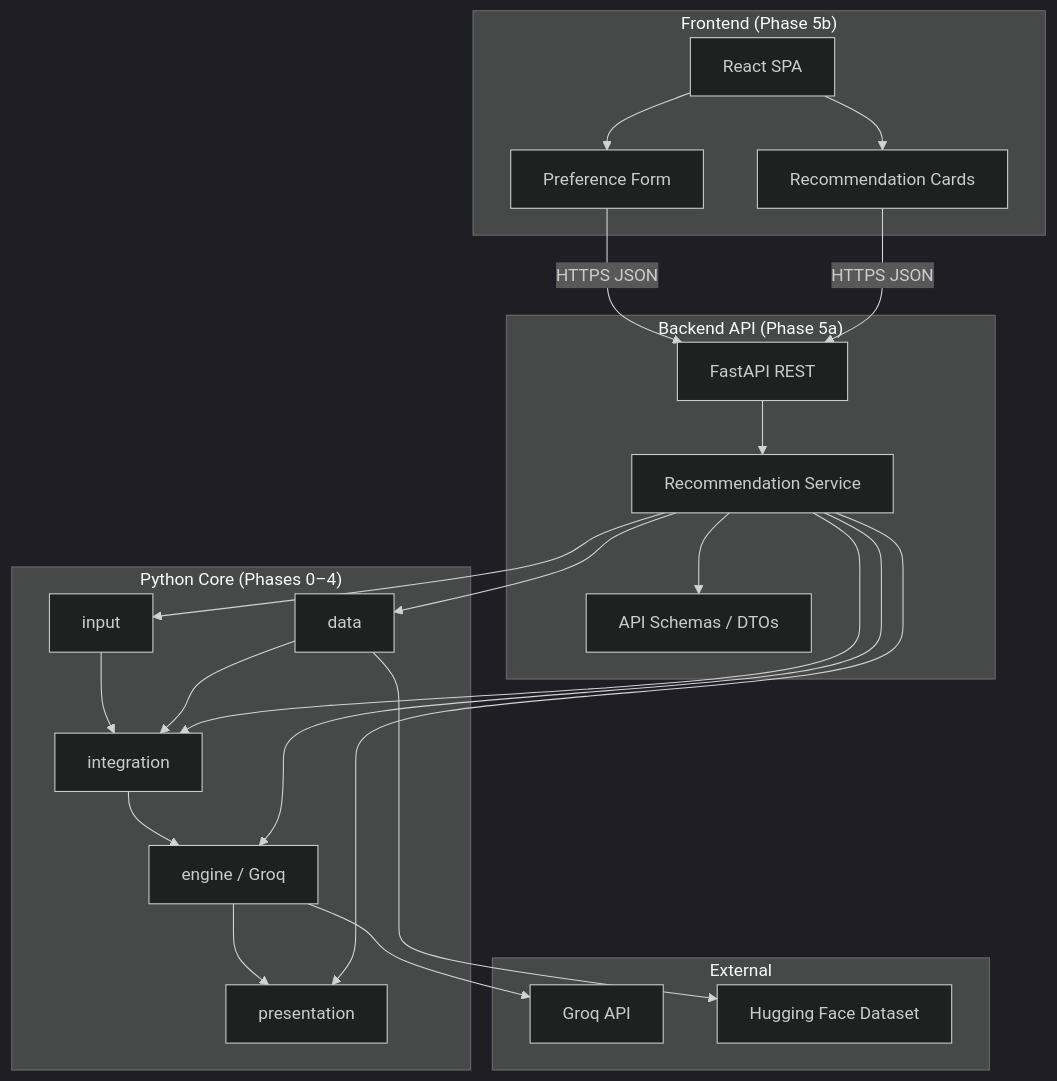
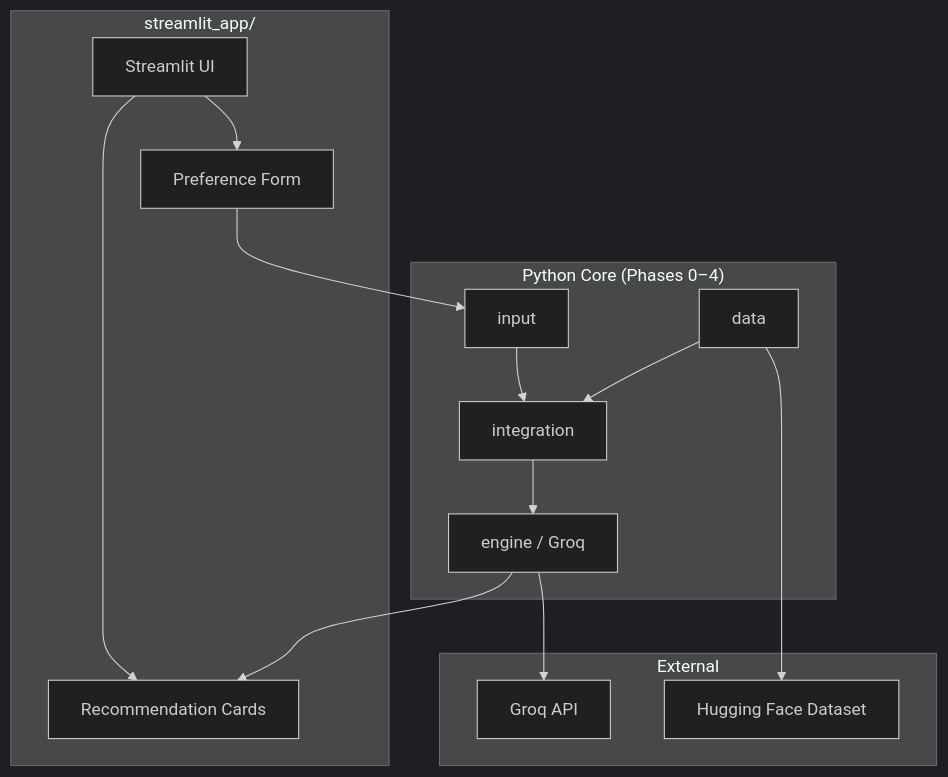
Before and after one commit to Somu639/Zomato-Final: the first of 4 diagrams in Docs/PhaseWiseArchitecture.md, drawn with Mermaid (dark theme). The commit also changed other lines of this file and 36 other files, not shown here.

First line of the commit message:
Add Streamlit app and local dev tooling; remove Vercel/Railway deploy config.

````diff
--- a/Docs/PhaseWiseArchitecture.md
+++ b/Docs/PhaseWiseArchitecture.md
@@ -11,44 +11,30 @@
 ```mermaid
 flowchart TB
-    subgraph FE["Frontend (Phase 5b)"]
-        UI[React SPA]
+    subgraph UI["streamlit_app/"]
+        ST[Streamlit UI]
         FORM[Preference Form]
         CARDS[Recommendation Cards]
-        UI --> FORM
-        UI --> CARDS
-    end
-
-    subgraph BE["Backend API (Phase 5a)"]
-        API[FastAPI REST]
-        SVC[Recommendation Service]
-        DTO[API Schemas / DTOs]
-        API --> SVC --> DTO
+        ST --> FORM
+        ST --> CARDS
     end
 
     subgraph CORE["Python Core (Phases 0–4)"]
         INPUT[input]
         DATA[data]
         INT[integration]
         ENG[engine / Groq]
-        PRES[presentation]
         INPUT --> INT
         DATA --> INT
         INT --> ENG
-        ENG --> PRES
     end
 
     subgraph EXT["External"]
         GROQ[Groq API]
         HF[Hugging Face Dataset]
     end
 
-    FORM -->|HTTPS JSON| API
-    CARDS -->|HTTPS JSON| API
-    SVC --> INPUT
-    SVC --> DATA
-    SVC --> INT
-    SVC --> ENG
-    SVC --> PRES
+    FORM --> INPUT
+    ENG --> CARDS
     ENG --> GROQ
     DATA --> HF
 ```
````
